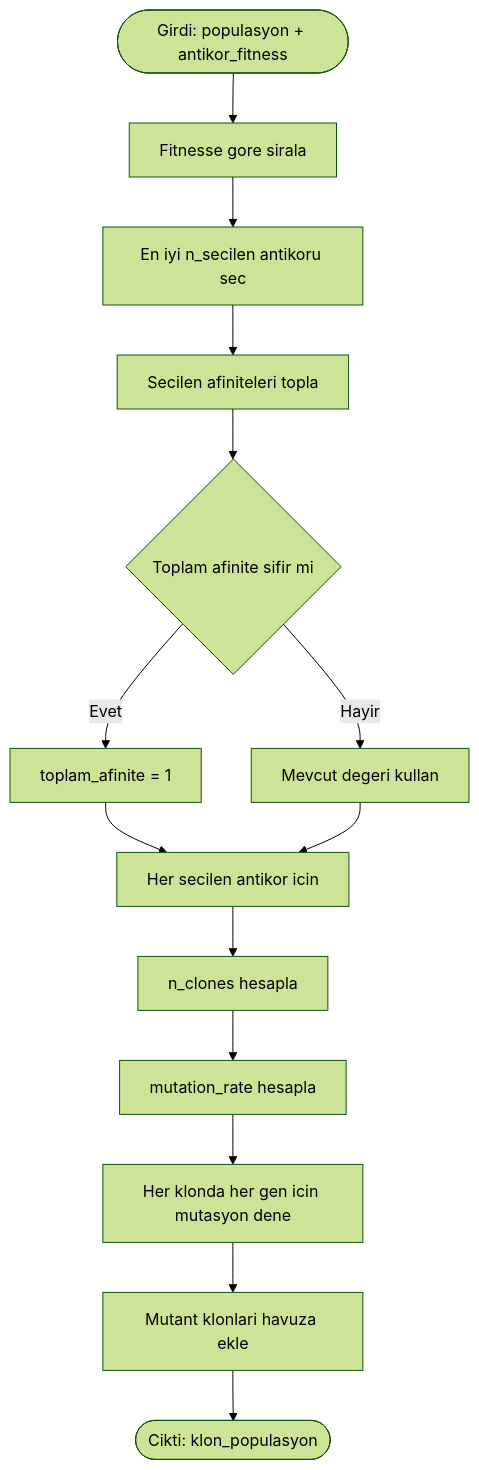
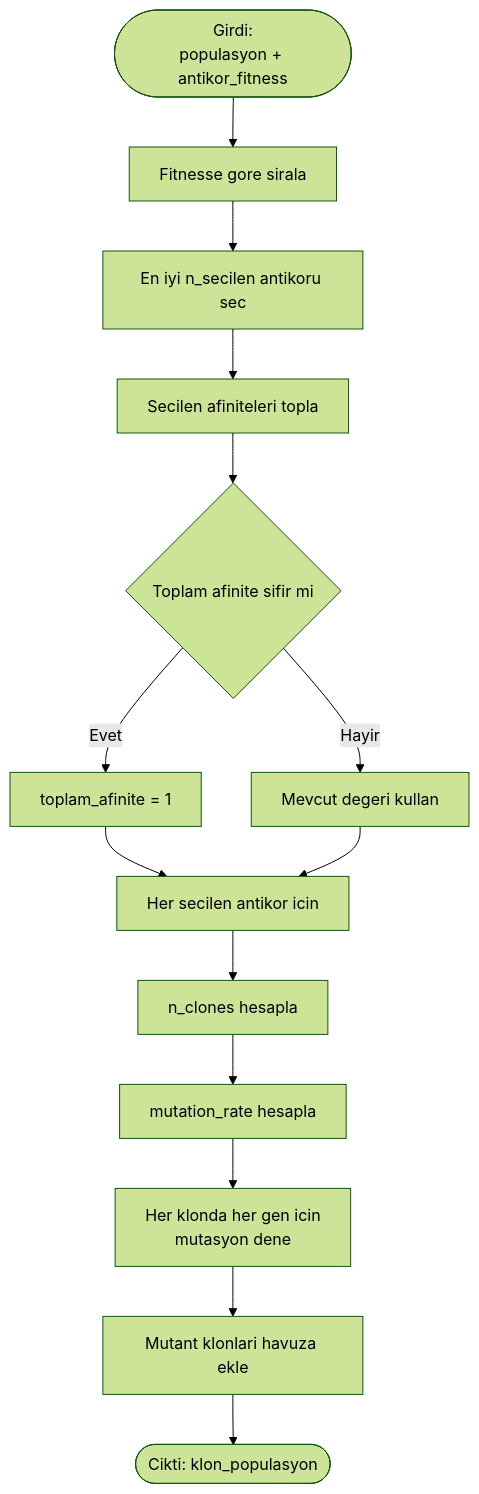
One commit to RamazanKaratut/Opt_Alg_2_Clonalg changed the third of 4 diagrams in akis_semasi.md. Above: the diagram before and after it, drawn with Mermaid (forest theme). The commit also changed other lines of this file, not shown here.

````diff
--- a/akis_semasi.md
+++ b/akis_semasi.md
@@ -58,16 +58,16 @@
 ```mermaid
 flowchart TD
-    A([Girdi: populasyon + antikor_fitness]) --> B[Fitnesse gore sirala]
+    A([Girdi:<br/>populasyon + antikor_fitness]) --> B[Fitnesse gore sirala]
     B --> C[En iyi n_secilen antikoru sec]
     C --> D[Secilen afiniteleri topla]
     D --> E{Toplam afinite sifir mi}
     E -- Evet --> F[toplam_afinite = 1]
     E -- Hayir --> G[Mevcut degeri kullan]
     F --> H[Her secilen antikor icin]
     G --> H
     H --> I[n_clones hesapla]
     I --> J[mutation_rate hesapla]
-    J --> K[Her klonda her gen icin mutasyon dene]
+    J --> K[Her klonda her gen icin<br/>mutasyon dene]
     K --> L[Mutant klonlari havuza ekle]
     L --> M([Cikti: klon_populasyon])
 ```
````
